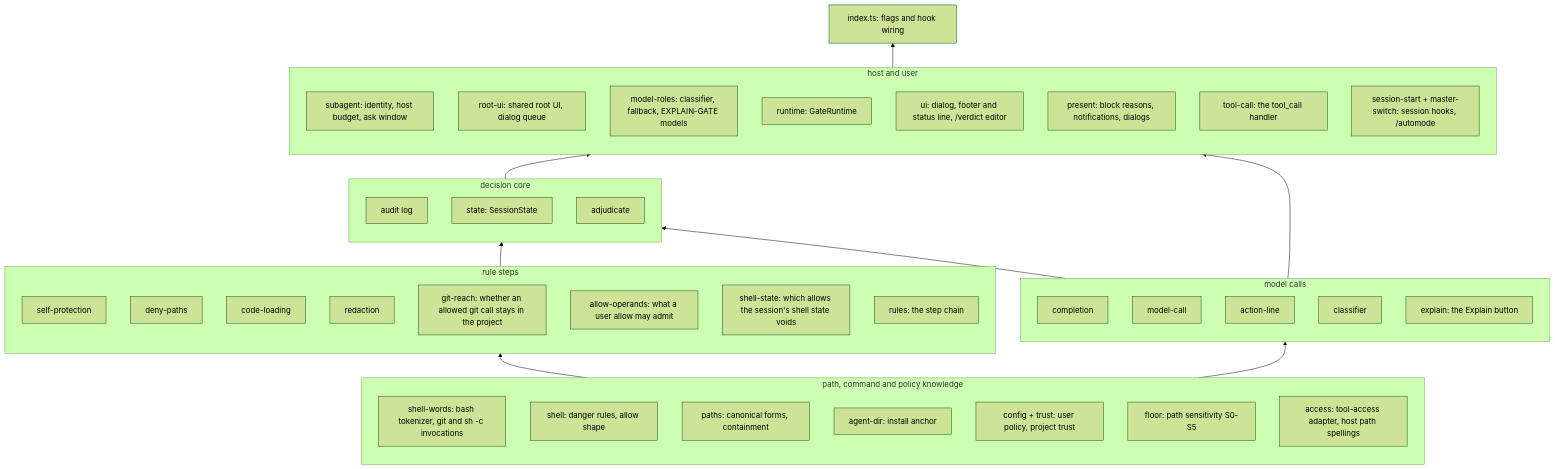
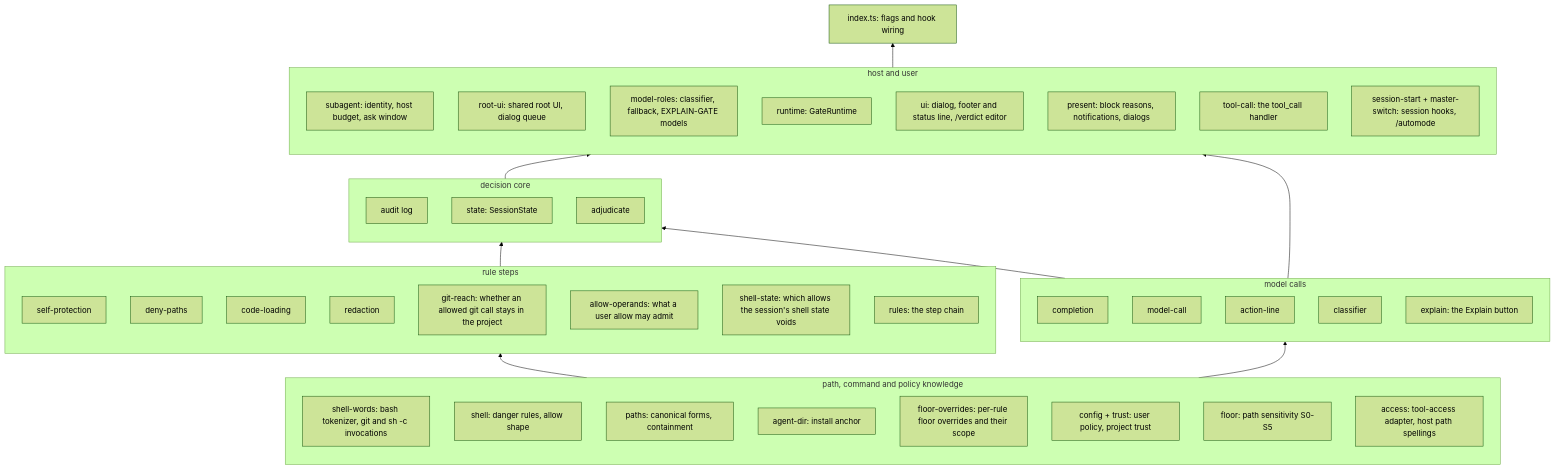
Before and after one commit to jonatsu/pi-verdict: the fifth of 5 diagrams in docs/architecture.md, drawn with Mermaid (forest theme). The commit also changed 23 other files, not shown here.

````diff
--- a/docs/architecture.md
+++ b/docs/architecture.md
@@ -220,52 +220,53 @@
 ```mermaid
 flowchart BT
   subgraph knowledge [path, command and policy knowledge]
     shellwords[shell-words: bash tokenizer, git and sh -c invocations]
     shell[shell: danger rules, allow shape]
     paths[paths: canonical forms, containment]
     agentdir[agent-dir: install anchor]
+    overrides[floor-overrides: per-rule floor overrides and their scope]
     config[config + trust: user policy, project trust]
     floor[floor: path sensitivity S0-S5]
     access[access: tool-access adapter, host path spellings]
   end
   subgraph layers [rule steps]
     self[self-protection]
     denyp[deny-paths]
     codeload[code-loading]
     redaction[redaction]
     gitreach[git-reach: whether an allowed git call stays in the project]
     allowops[allow-operands: what a user allow may admit]
     shellstate[shell-state: which allows the session's shell state voids]
     rules[rules: the step chain]
   end
   subgraph model [model calls]
     completion[completion]
     modelcall[model-call]
     actionline[action-line]
     classifier[classifier]
     explain[explain: the Explain button]
   end
   subgraph core [decision core]
     audit[audit log]
     state[state: SessionState]
     adjudicate[adjudicate]
   end
   subgraph host [host and user]
     subagent[subagent: identity, host budget, ask window]
     rootui[root-ui: shared root UI, dialog queue]
     roles[model-roles: classifier, fallback, EXPLAIN-GATE models]
     runtime[runtime: GateRuntime]
     ui[ui: dialog, footer and status line, /verdict editor]
     present[present: block reasons, notifications, dialogs]
     toolcall[tool-call: the tool_call handler]
     session[session-start + master-switch: session hooks, /automode]
   end
   index[index.ts: flags and hook wiring]
   knowledge --> layers
   knowledge --> model
   layers --> core
   model --> core
   core --> host
   model --> host
   host --> index
 ```
````
